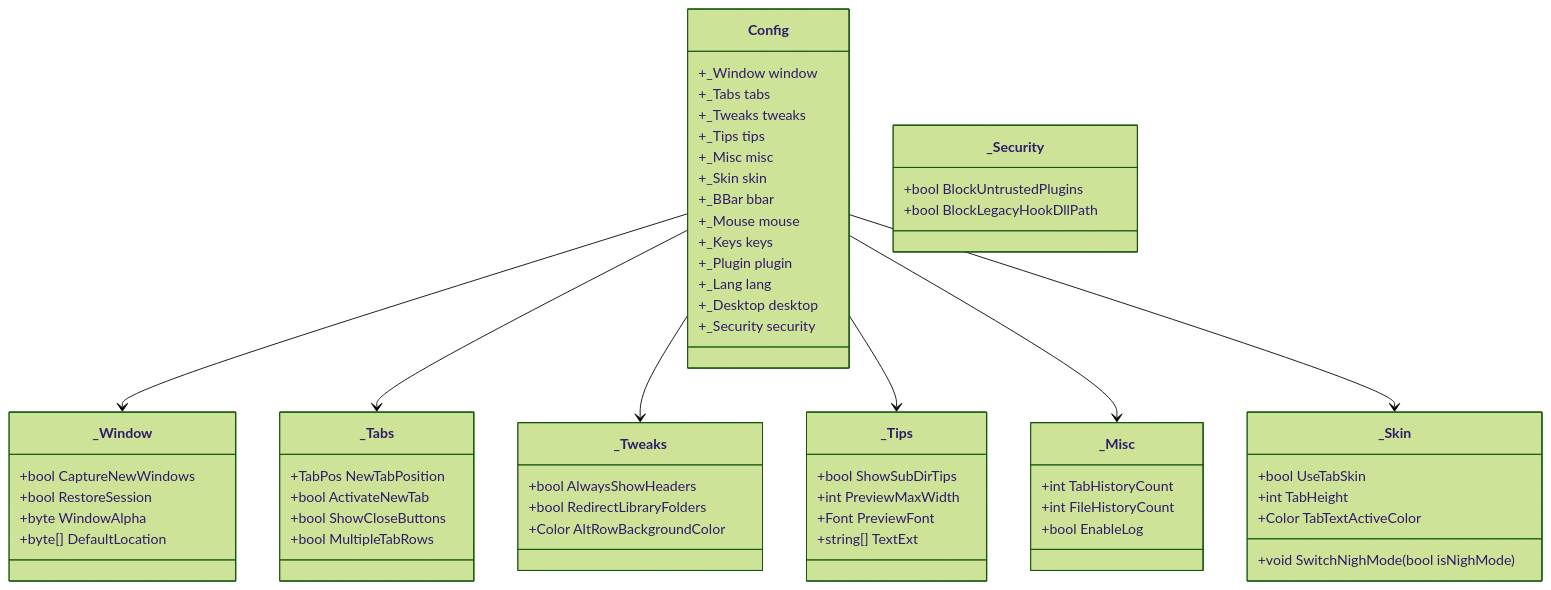
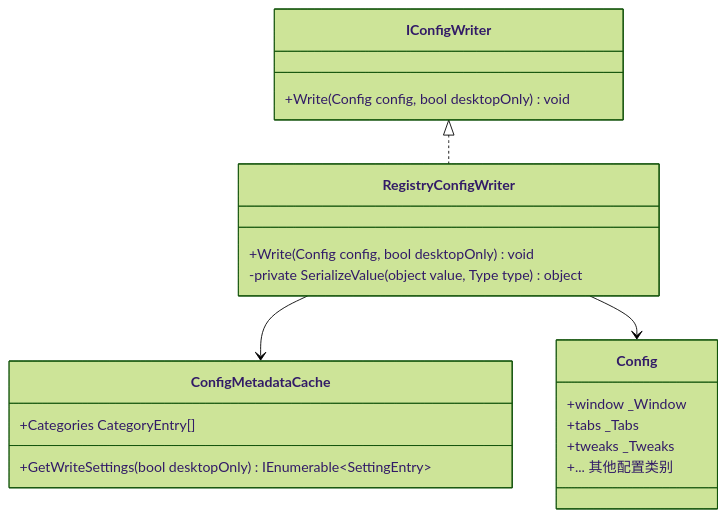
One commit to rainiva/QTTabBar-Next changed the fourth of 5 diagrams in .qoder/repowiki/zh/content/架构设计/配置管理系统/配置管理系统.md. Above: the diagram before and after it, drawn with Mermaid (forest theme). The commit also changed other lines of this file and 415 other files, not shown here.

````diff
--- a/.qoder/repowiki/zh/content/架构设计/配置管理系统/配置管理系统.md
+++ b/.qoder/repowiki/zh/content/架构设计/配置管理系统/配置管理系统.md
@@ -301,62 +208,23 @@
 ```mermaid
 classDiagram
+class IConfigWriter {
++Write(Config config, bool desktopOnly) void
+}
+class RegistryConfigWriter {
++Write(Config config, bool desktopOnly) void
+-private SerializeValue(object value, Type type) object
+}
+class ConfigMetadataCache {
++Categories CategoryEntry[]
++GetWriteSettings(bool desktopOnly) IEnumerable~SettingEntry~
+}
 class Config {
-+_Window window
-+_Tabs tabs
-+_Tweaks tweaks
-+_Tips tips
-+_Misc misc
-+_Skin skin
-+_BBar bbar
-+_Mouse mouse
-+_Keys keys
-+_Plugin plugin
-+_Lang lang
-+_Desktop desktop
-+_Security security
++window _Window
++tabs _Tabs
++tweaks _Tweaks
++... 其他配置类别
 }
-class _Window {
-+bool CaptureNewWindows
-+bool RestoreSession
-+byte WindowAlpha
-+byte[] DefaultLocation
-}
-class _Tabs {
-+TabPos NewTabPosition
-+bool ActivateNewTab
-+bool ShowCloseButtons
-+bool MultipleTabRows
-}
-class _Tweaks {
-+bool AlwaysShowHeaders
-+bool RedirectLibraryFolders
-+Color AltRowBackgroundColor
-}
-class _Security {
-+bool BlockUntrustedPlugins
-+bool BlockLegacyHookDllPath
-}
-class _Tips {
-+bool ShowSubDirTips
-+int PreviewMaxWidth
-+Font PreviewFont
-+string[] TextExt
-}
-class _Misc {
-+int TabHistoryCount
-+int FileHistoryCount
-+bool EnableLog
-}
-class _Skin {
-+bool UseTabSkin
-+int TabHeight
-+Color TabTextActiveColor
-+void SwitchNighMode(bool isNighMode)
-}
-Config --> _Window
-Config --> _Tabs
-Config --> _Tweaks
-Config --> _Tips
-Config --> _Misc
-Config --> _Skin
+IConfigWriter <|.. RegistryConfigWriter
+RegistryConfigWriter --> ConfigMetadataCache
+RegistryConfigWriter --> Config
 ```
````
